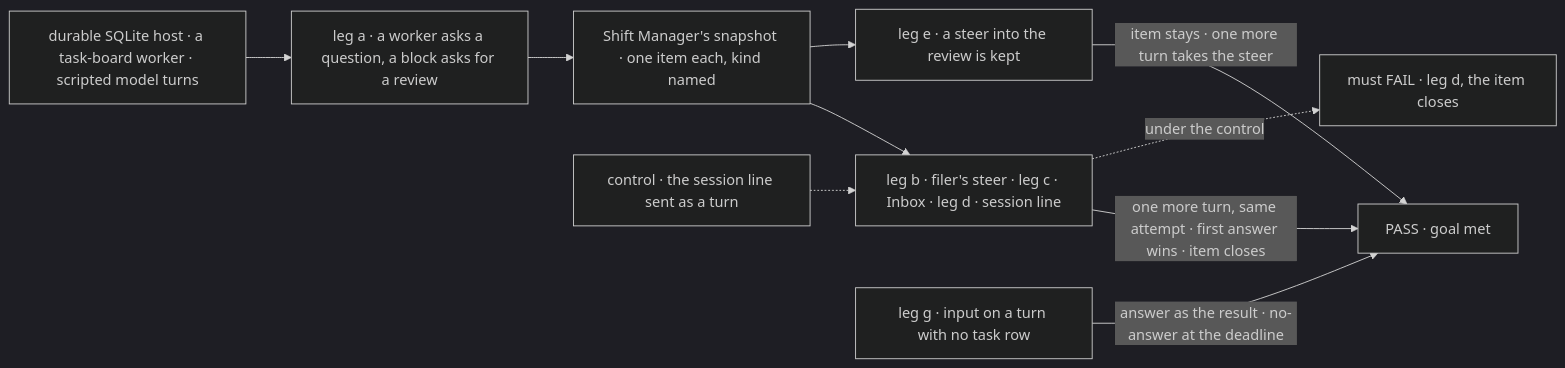
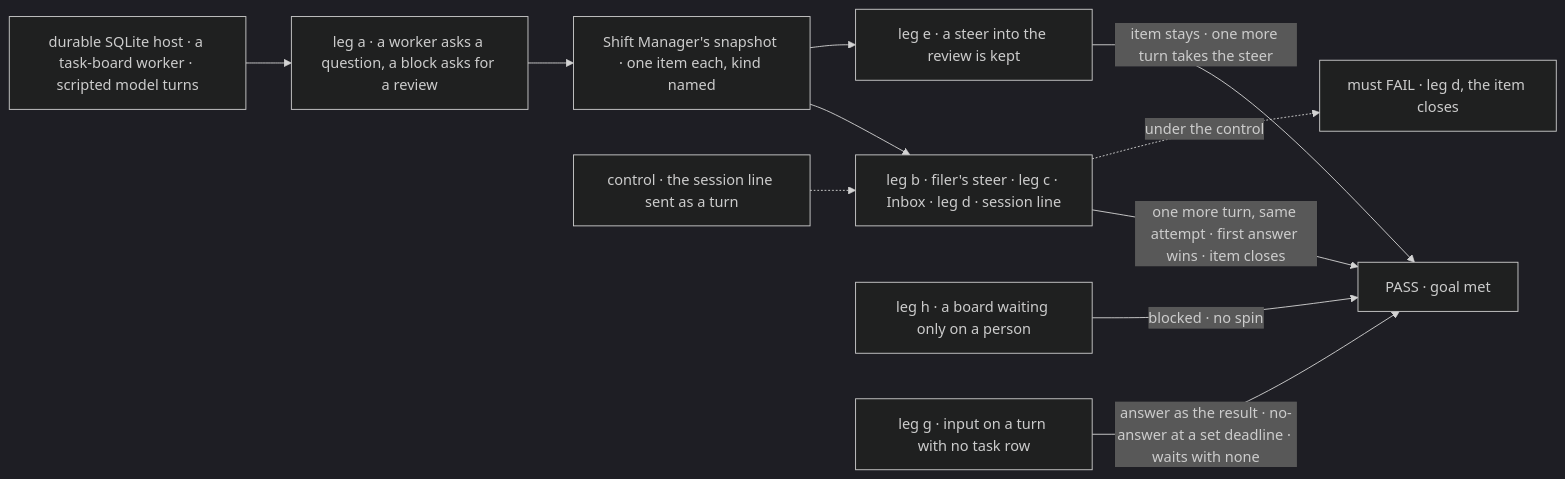
The first of 2 diagrams in specs/issues/FIX-2131/SPEC.md (fixpoint-labs/flow-state-dev), drawn with Mermaid (dark theme) before and after one commit. The commit also changed other lines of this file and 21 other files, not shown here.

First line of the commit message:
spec(FIX-2058): no default deadline for a person stop, plus analysis folds (#3833)

````diff
--- a/specs/issues/FIX-2131/SPEC.md
+++ b/specs/issues/FIX-2131/SPEC.md
@@ -28,12 +28,13 @@
 ```mermaid
 flowchart LR
   H["durable SQLite host · a task-board worker · scripted model turns"] --> A["leg a · a worker asks a question, a block asks for a review"]
   A --> I["Shift Manager's snapshot · one item each, kind named"]
   I --> B["leg b · filer's steer · leg c · Inbox · leg d · session line"]
   I --> W["leg e · a steer into the review is kept"]
-  N["leg g · input on a turn with no task row"] -->|"answer as the result · no-answer at the deadline"| P
+  Q["leg h · a board waiting only on a person"] -->|"blocked · no spin"| P
+  N["leg g · input on a turn with no task row"] -->|"answer as the result · no-answer at a set deadline · waits with none"| P
   B -->|"one more turn, same attempt · first answer wins · item closes"| P["PASS · goal met"]
   W -->|"item stays · one more turn takes the steer"| P
   C["control · the session line sent as a turn"] -.-> B
   B -.->|"under the control"| F["must FAIL · leg d, the item closes"]
 ```
````
